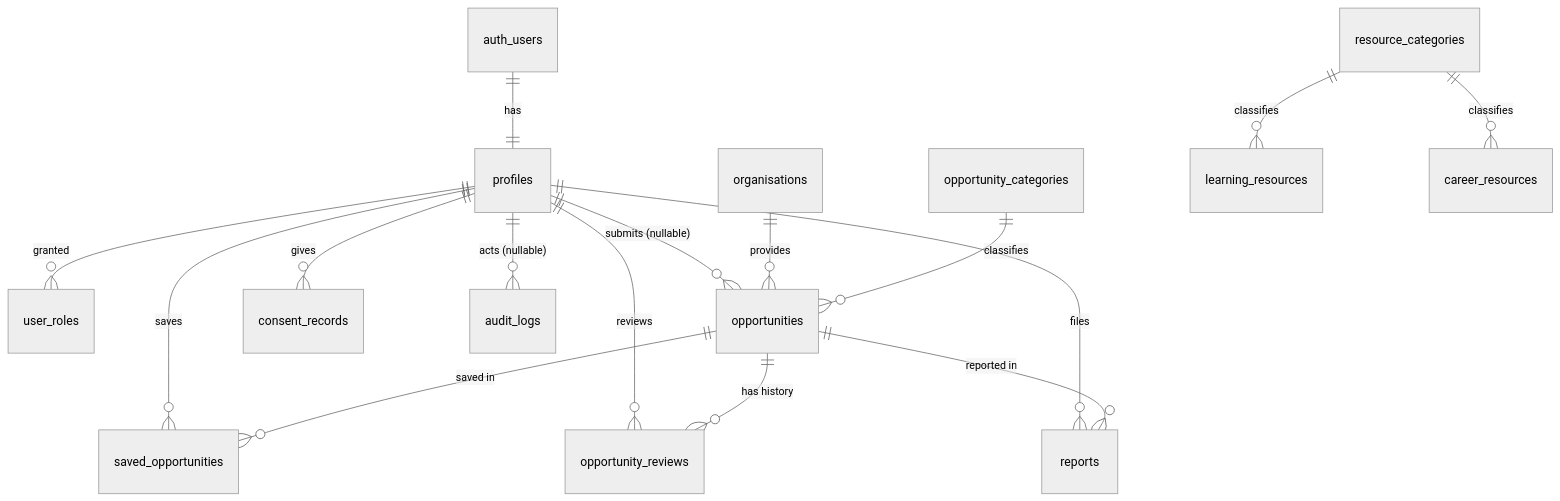
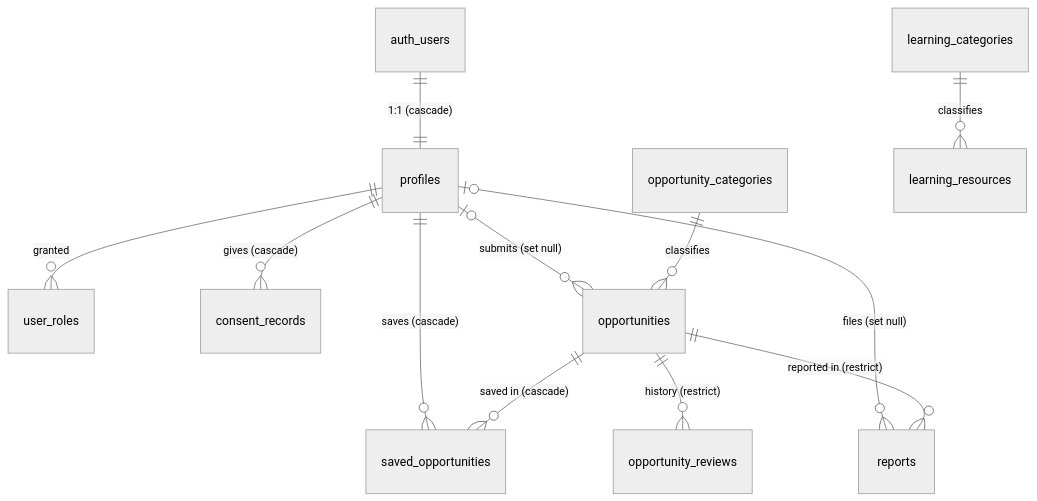
One commit to shaunmaselela25/Rise-network changed the diagram in docs/DATA_MODEL.md. Above: the diagram before and after it, drawn with Mermaid (neutral theme). The commit also changed other lines of this file and 12 other files, not shown here.

First line of the commit message:
security: add database schema, RLS policies and moderation workflow

````diff
--- a/docs/DATA_MODEL.md
+++ b/docs/DATA_MODEL.md
@@ -19,18 +22,14 @@
 ```mermaid
 erDiagram
-  auth_users ||--|| profiles : "has"
+  auth_users ||--|| profiles : "1:1 (cascade)"
   profiles ||--o{ user_roles : "granted"
-  profiles ||--o{ saved_opportunities : "saves"
-  profiles ||--o{ opportunities : "submits (nullable)"
-  profiles ||--o{ opportunity_reviews : "reviews"
-  profiles ||--o{ reports : "files"
-  profiles ||--o{ consent_records : "gives"
-  organisations ||--o{ opportunities : "provides"
+  profiles ||--o{ consent_records : "gives (cascade)"
+  profiles ||--o{ saved_opportunities : "saves (cascade)"
+  profiles |o--o{ opportunities : "submits (set null)"
+  profiles |o--o{ reports : "files (set null)"
   opportunity_categories ||--o{ opportunities : "classifies"
-  opportunities ||--o{ opportunity_reviews : "has history"
-  opportunities ||--o{ saved_opportunities : "saved in"
-  opportunities ||--o{ reports : "reported in"
-  resource_categories ||--o{ learning_resources : "classifies"
-  resource_categories ||--o{ career_resources : "classifies"
-  profiles ||--o{ audit_logs : "acts (nullable)"
+  opportunities ||--o{ opportunity_reviews : "history (restrict)"
+  opportunities ||--o{ saved_opportunities : "saved in (cascade)"
+  opportunities ||--o{ reports : "reported in (restrict)"
+  learning_categories ||--o{ learning_resources : "classifies"
 ```
````
